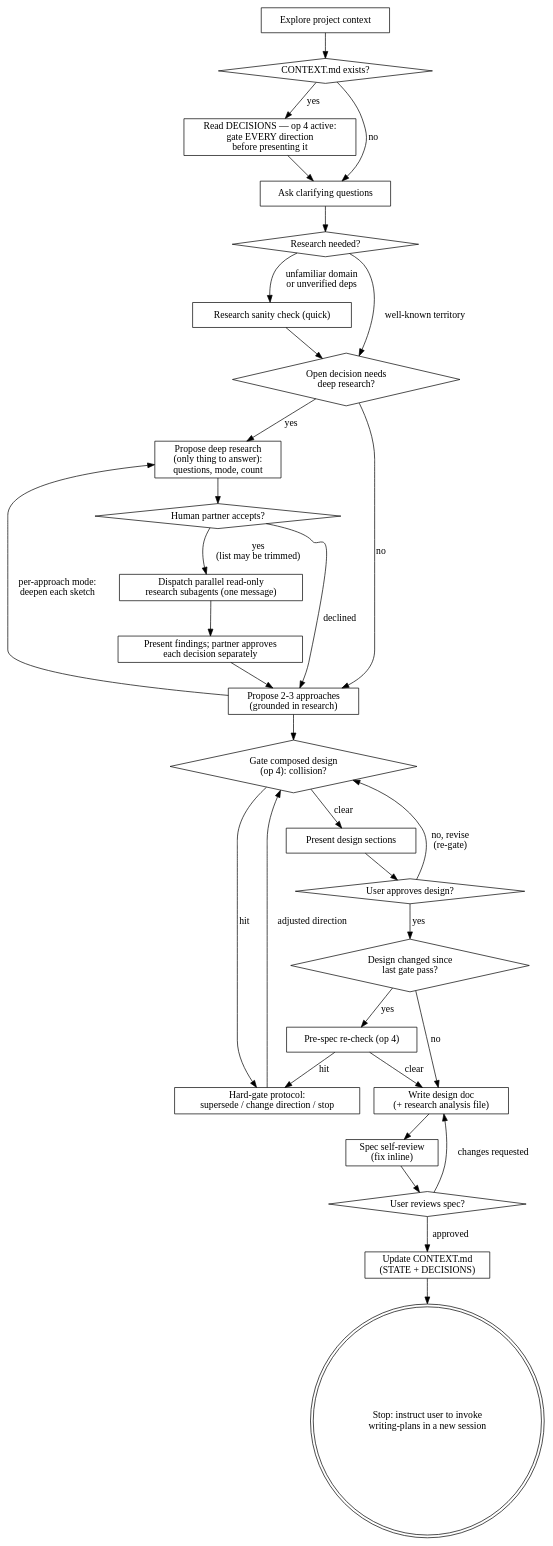
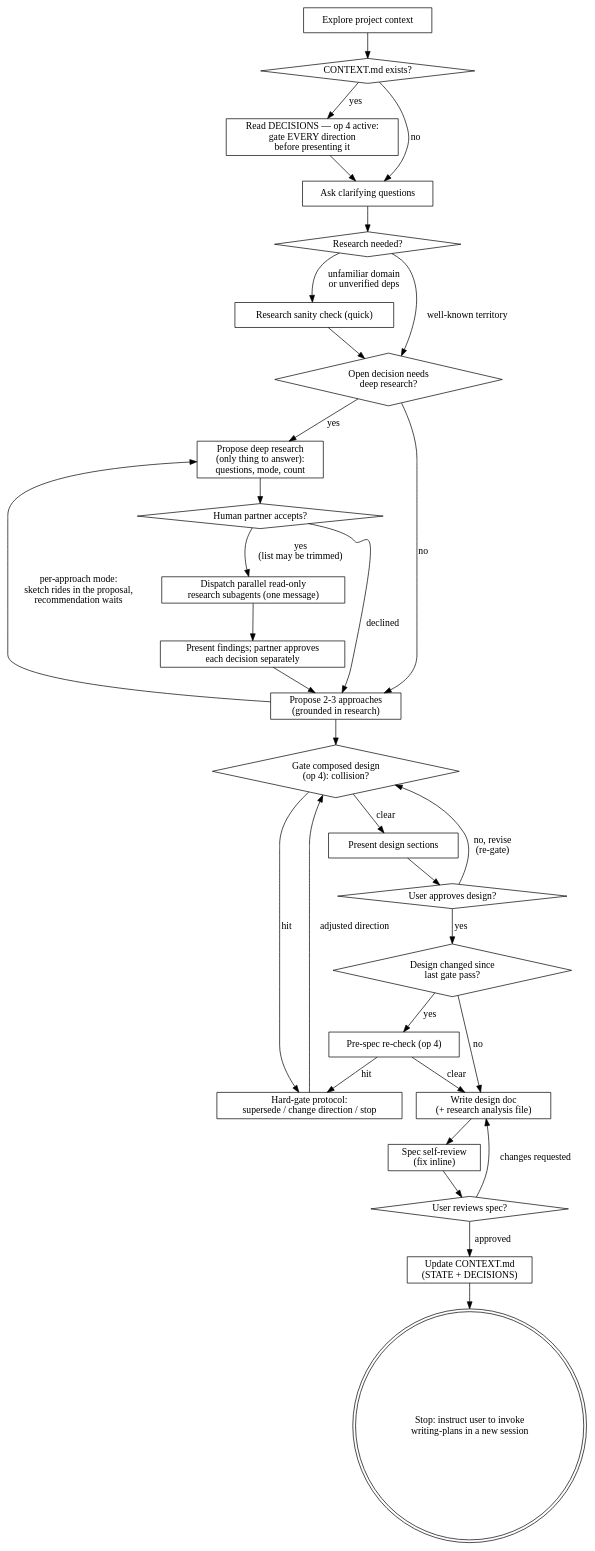
Before and after one commit to jacek2v/superpowers-j2v: the diagram in skills/brainstorming/SKILL.md, drawn with Graphviz. The commit also changed other lines of this file and 2 other files, not shown here.

First line of the commit message:
skills(brainstorming): state the per-approach order once, and keep the count guard reachable

````diff
--- a/skills/brainstorming/SKILL.md
+++ b/skills/brainstorming/SKILL.md
@@ -56,60 +56,60 @@
 ```dot
 digraph brainstorming {
     "Explore project context" [shape=box];
     "CONTEXT.md exists?" [shape=diamond];
     "Read DECISIONS — op 4 active:\ngate EVERY direction\nbefore presenting it" [shape=box];
     "Ask clarifying questions" [shape=box];
     "Research needed?" [shape=diamond];
     "Research sanity check (quick)" [shape=box];
     "Open decision needs\ndeep research?" [shape=diamond];
     "Propose deep research\n(only thing to answer):\nquestions, mode, count" [shape=box];
     "Human partner accepts?" [shape=diamond];
     "Dispatch parallel read-only\nresearch subagents (one message)" [shape=box];
     "Present findings; partner approves\neach decision separately" [shape=box];
     "Propose 2-3 approaches\n(grounded in research)" [shape=box];
     "Gate composed design\n(op 4): collision?" [shape=diamond];
     "Hard-gate protocol:\nsupersede / change direction / stop" [shape=box];
     "Present design sections" [shape=box];
     "User approves design?" [shape=diamond];
     "Design changed since\nlast gate pass?" [shape=diamond];
     "Pre-spec re-check (op 4)" [shape=box];
     "Write design doc\n(+ research analysis file)" [shape=box];
     "Spec self-review\n(fix inline)" [shape=box];
     "User reviews spec?" [shape=diamond];
     "Update CONTEXT.md\n(STATE + DECISIONS)" [shape=box];
     "Stop: instruct user to invoke\nwriting-plans in a new session" [shape=doublecircle];
 
     "Explore project context" -> "CONTEXT.md exists?";
     "CONTEXT.md exists?" -> "Read DECISIONS — op 4 active:\ngate EVERY direction\nbefore presenting it" [label="yes"];
     "CONTEXT.md exists?" -> "Ask clarifying questions" [label="no"];
     "Read DECISIONS — op 4 active:\ngate EVERY direction\nbefore presenting it" -> "Ask clarifying questions";
     "Ask clarifying questions" -> "Research needed?";
     "Research needed?" -> "Research sanity check (quick)" [label="unfamiliar domain\nor unverified deps"];
     "Research needed?" -> "Open decision needs\ndeep research?" [label="well-known territory"];
     "Research sanity check (quick)" -> "Open decision needs\ndeep research?";
     "Open decision needs\ndeep research?" -> "Propose deep research\n(only thing to answer):\nquestions, mode, count" [label="yes"];
     "Open decision needs\ndeep research?" -> "Propose 2-3 approaches\n(grounded in research)" [label="no"];
     "Propose deep research\n(only thing to answer):\nquestions, mode, count" -> "Human partner accepts?";
     "Human partner accepts?" -> "Dispatch parallel read-only\nresearch subagents (one message)" [label="yes\n(list may be trimmed)"];
     "Human partner accepts?" -> "Propose 2-3 approaches\n(grounded in research)" [label="declined"];
     "Dispatch parallel read-only\nresearch subagents (one message)" -> "Present findings; partner approves\neach decision separately";
     "Present findings; partner approves\neach decision separately" -> "Propose 2-3 approaches\n(grounded in research)";
-    "Propose 2-3 approaches\n(grounded in research)" -> "Propose deep research\n(only thing to answer):\nquestions, mode, count" [label="per-approach mode:\ndeepen each sketch"];
+    "Propose 2-3 approaches\n(grounded in research)" -> "Propose deep research\n(only thing to answer):\nquestions, mode, count" [label="per-approach mode:\nsketch rides in the proposal,\nrecommendation waits"];
     "Propose 2-3 approaches\n(grounded in research)" -> "Gate composed design\n(op 4): collision?";
     "Gate composed design\n(op 4): collision?" -> "Hard-gate protocol:\nsupersede / change direction / stop" [label="hit"];
     "Hard-gate protocol:\nsupersede / change direction / stop" -> "Gate composed design\n(op 4): collision?" [label="adjusted direction"];
     "Gate composed design\n(op 4): collision?" -> "Present design sections" [label="clear"];
     "Present design sections" -> "User approves design?";
     "User approves design?" -> "Gate composed design\n(op 4): collision?" [label="no, revise\n(re-gate)"];
     "User approves design?" -> "Design changed since\nlast gate pass?" [label="yes"];
     "Design changed since\nlast gate pass?" -> "Pre-spec re-check (op 4)" [label="yes"];
     "Design changed since\nlast gate pass?" -> "Write design doc\n(+ research analysis file)" [label="no"];
     "Pre-spec re-check (op 4)" -> "Write design doc\n(+ research analysis file)" [label="clear"];
     "Pre-spec re-check (op 4)" -> "Hard-gate protocol:\nsupersede / change direction / stop" [label="hit"];
     "Write design doc\n(+ research analysis file)" -> "Spec self-review\n(fix inline)";
     "Spec self-review\n(fix inline)" -> "User reviews spec?";
     "User reviews spec?" -> "Write design doc\n(+ research analysis file)" [label="changes requested"];
     "User reviews spec?" -> "Update CONTEXT.md\n(STATE + DECISIONS)" [label="approved"];
     "Update CONTEXT.md\n(STATE + DECISIONS)" -> "Stop: instruct user to invoke\nwriting-plans in a new session";
 }
 ```
````
